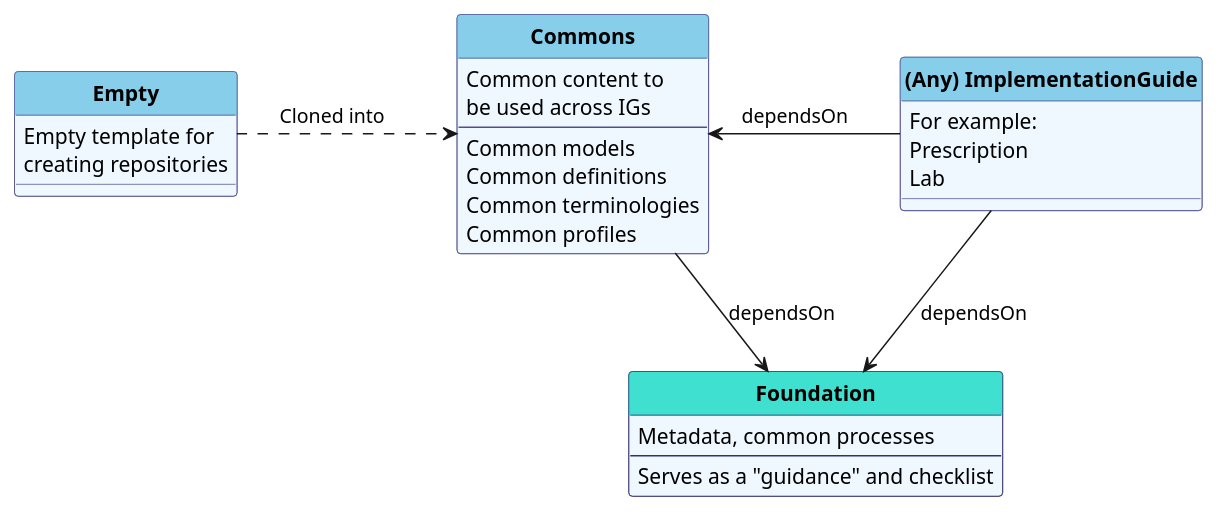
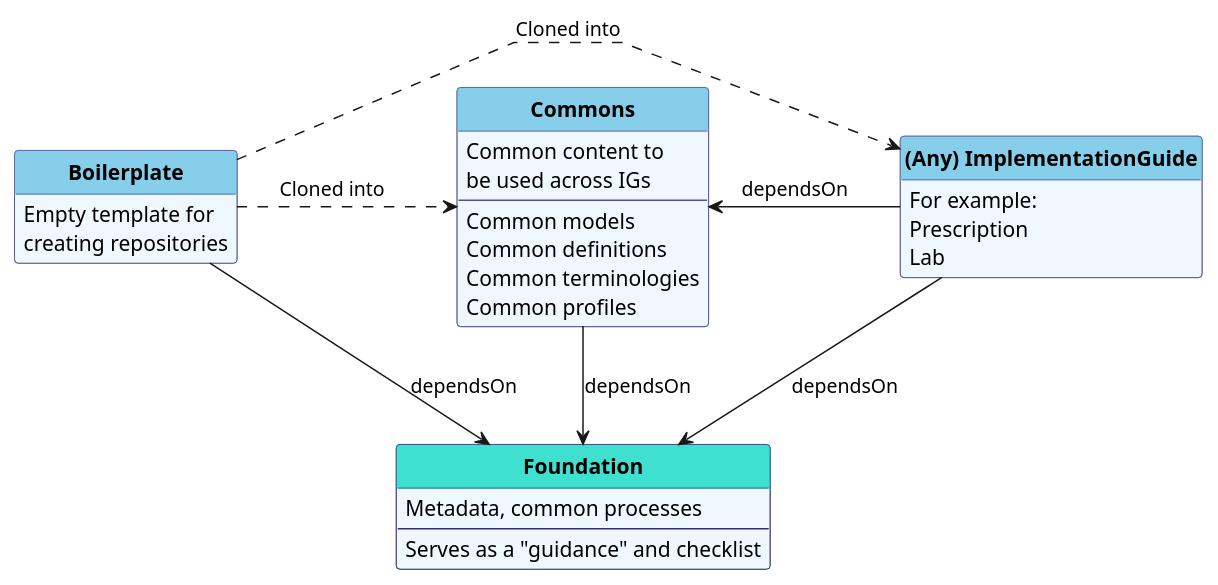
One commit to Xt-EHR/xt-ehr-metadata changed the diagram in input/images-source/ig_setup.plantuml. Above: the diagram before and after it, drawn with PlantUML. The commit also changed 10 other files, not shown here.

```diff
--- a/input/images-source/ig_setup.plantuml
+++ b/input/images-source/ig_setup.plantuml
@@ -1,99 +1,100 @@
 @startuml
 'skinparam linetype ortho
 skinparam linetype polyline
 hide circle
 hide stereotype
+hide methods
 
 '!pragma layout smetana
 
 skinparam class<<MD>> {
  BorderColor DarkSlateGray
  BackgroundColor WhiteSmoke
  HeaderBackgroundColor #909090
 }
 
 skinparam class<<TM>> {
  BorderColor #505090
  BackgroundColor AliceBlue
  HeaderBackgroundColor SkyBlue
 }
 
 
 skinparam class<<TM+>> {
  BorderColor #303070  
  BackgroundColor AliceBlue
  HeaderBackgroundColor Turquoise 
 }
 
 
     class "**Foundation**" as Base<<TM+>> {
         Metadata, common processes
         --
         Serves as a "guidance" and checklist
     }
 
 
     class "**Commons**" as CE<<TM>> {
         Common content to 
  be used across IGs
 --
    Common models
    Common definitions
    Common terminologies
    Common profiles
     }
 
 
-    class "**Empty**" as E<<TM>> {
+    class "**Boilerplate**" as E<<TM>> {
         Empty template for 
 creating repositories
     }
 
 
     class "**(Any) ImplementationGuide**" as IG<<TM>> {
     For example:
     Prescription
     Lab
     }
 
 
 
     ' class "**PublicationRepo**" as Pub<<MD>> {
     '   Webroot content repository
     '   for published releases (html)
     '   --
     ' }
 
 
 ' We con't want IGs to define on StarterKit
 ' Common contains instances of SGPersona
 
 
 
 'T  .d[hidden].> CE
 E  .r.> CE: "   Cloned into         "
 'E  .u.> T: "   Cloned into         "
 
 
 
-'E  .r.> IG: "Cloned into"
-'E .r.> Base: "Cloned into"
+E  .r.> IG: "Cloned into"
+E -r-> Base: "dependsOn"
 CE --> Base: "dependsOn"
 IG --> Base: "dependsOn"
 'IG -u-> T: "dependsOn"
 'IG .r.> Pub : "                "
 'T -d[hidden]-> IG : "           "
 CE <-r- IG : " dependsOn     "
 
 
 
 
 
 'C -u-> Core 
 
 
 'IG  <.. CE: "   Cloned into         "
 
 
 
 @enduml
```
